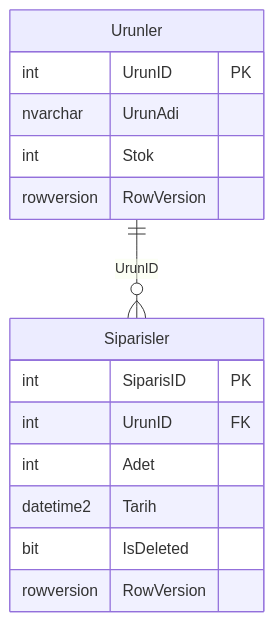
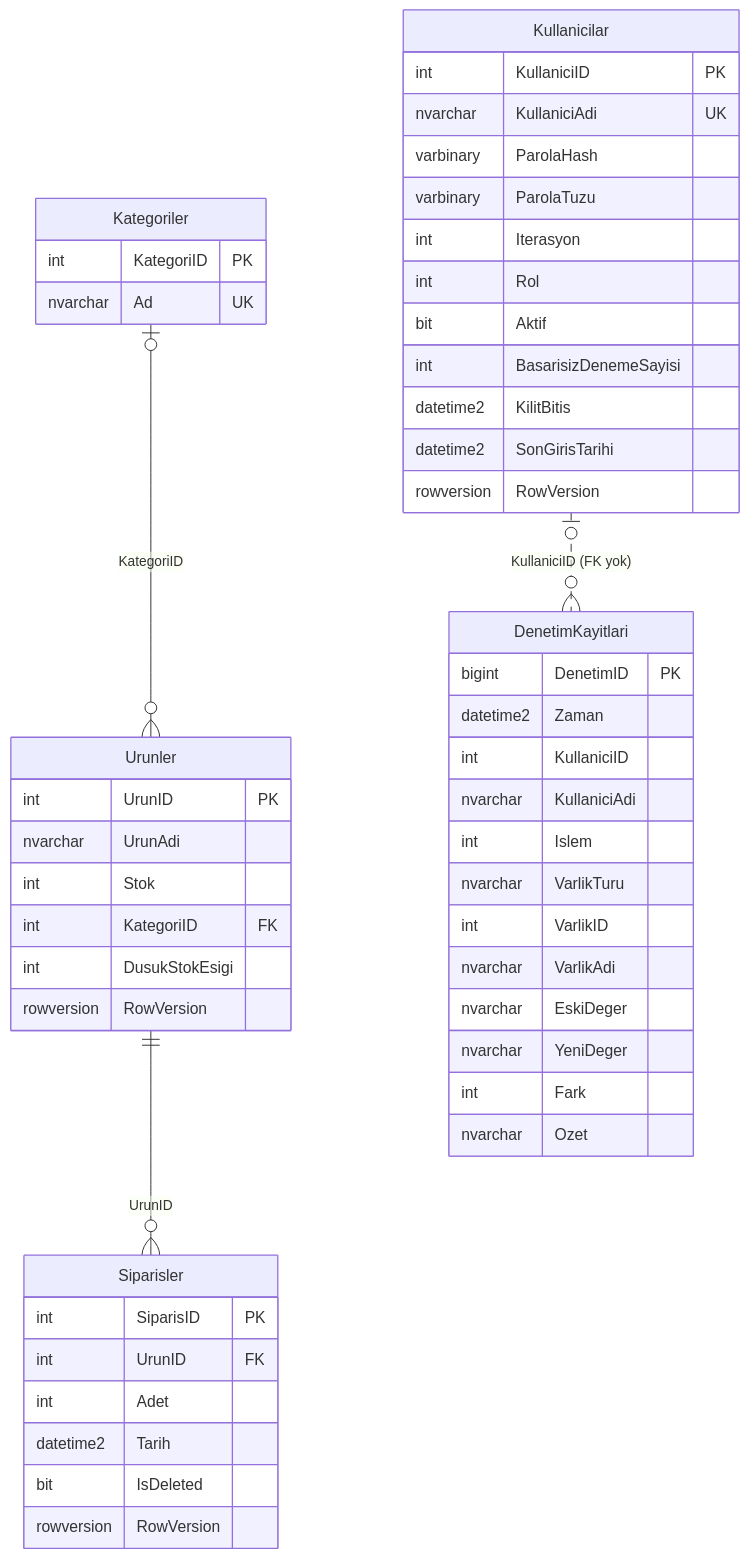
The second of 2 diagrams in README.md (ayberkaarda/StokTakipApp), drawn with Mermaid before and after one commit. The commit also changed other lines of this file and 4 other files, not shown here.

````diff
--- a/README.md
+++ b/README.md
@@ -208,18 +345,53 @@
 ```mermaid
 erDiagram
+    Kategoriler |o--o{ Urunler : "KategoriID"
     Urunler ||--o{ Siparisler : "UrunID"
+    Kullanicilar |o..o{ DenetimKayitlari : "KullaniciID (FK yok)"
+    Kategoriler {
+        int KategoriID PK
+        nvarchar Ad UK
+    }
     Urunler {
         int UrunID PK
         nvarchar UrunAdi
         int Stok
+        int KategoriID FK
+        int DusukStokEsigi
         rowversion RowVersion
     }
     Siparisler {
         int SiparisID PK
         int UrunID FK
         int Adet
         datetime2 Tarih
         bit IsDeleted
         rowversion RowVersion
     }
+    Kullanicilar {
+        int KullaniciID PK
+        nvarchar KullaniciAdi UK
+        varbinary ParolaHash
+        varbinary ParolaTuzu
+        int Iterasyon
+        int Rol
+        bit Aktif
+        int BasarisizDenemeSayisi
+        datetime2 KilitBitis
+        datetime2 SonGirisTarihi
+        rowversion RowVersion
+    }
+    DenetimKayitlari {
+        bigint DenetimID PK
+        datetime2 Zaman
+        int KullaniciID
+        nvarchar KullaniciAdi
+        int Islem
+        nvarchar VarlikTuru
+        int VarlikID
+        nvarchar VarlikAdi
+        nvarchar EskiDeger
+        nvarchar YeniDeger
+        int Fark
+        nvarchar Ozet
+    }
 ```
````
